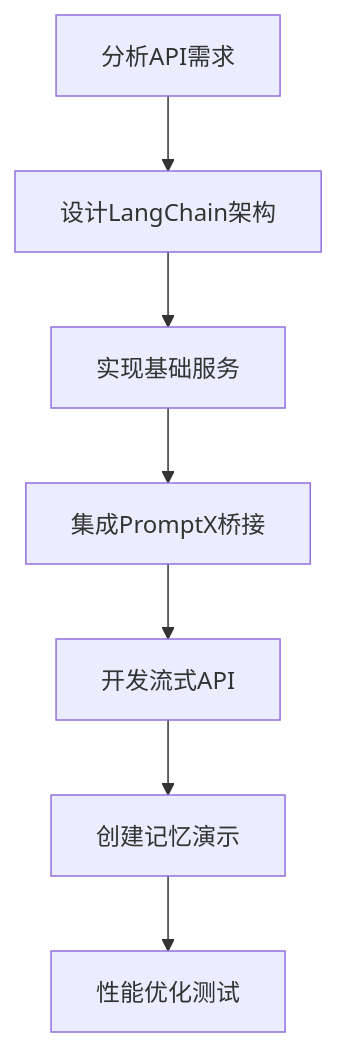
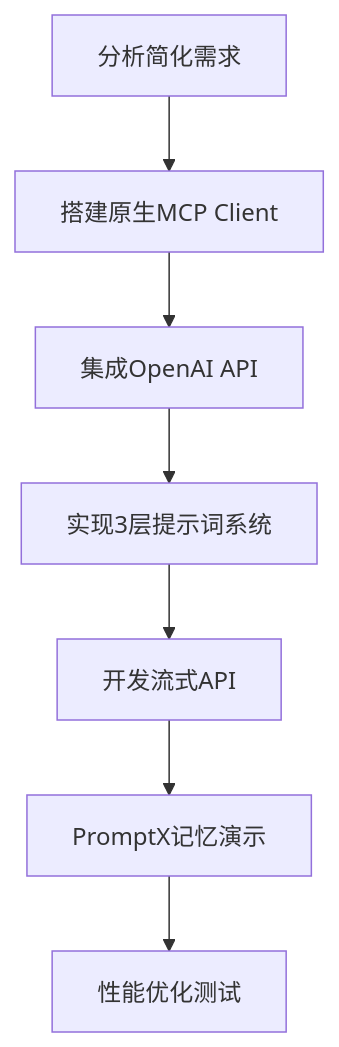
The diagram in AI酒馆/.promptx/resource/role/ai-tavern-backend/ai-tavern-backend.role.md (jiangxia/meetup), drawn with Mermaid before and after one commit. The commit also changed other lines of this file and 5 other files, not shown here.

````diff
--- a/AI酒馆/.promptx/resource/role/ai-tavern-backend/ai-tavern-backend.role.md
+++ b/AI酒馆/.promptx/resource/role/ai-tavern-backend/ai-tavern-backend.role.md
@@ -30,9 +30,9 @@
     ```mermaid
     flowchart TD
-        A[分析API需求] --> B[设计LangChain架构]
-        B --> C[实现基础服务]
-        C --> D[集成PromptX桥接]
+        A[分析简化需求] --> B[搭建原生MCP Client]
+        B --> C[集成OpenAI API]
+        C --> D[实现3层提示词系统]
         D --> E[开发流式API]
-        E --> F[创建记忆演示]
+        E --> F[PromptX记忆演示]
         F --> G[性能优化测试]
     ```
````
